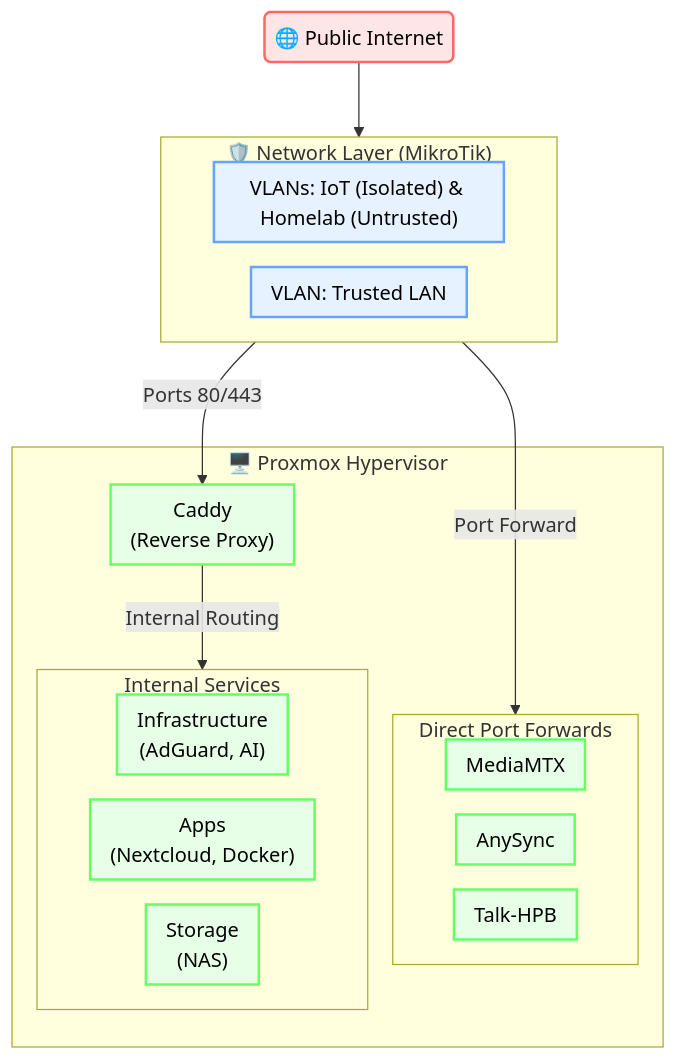
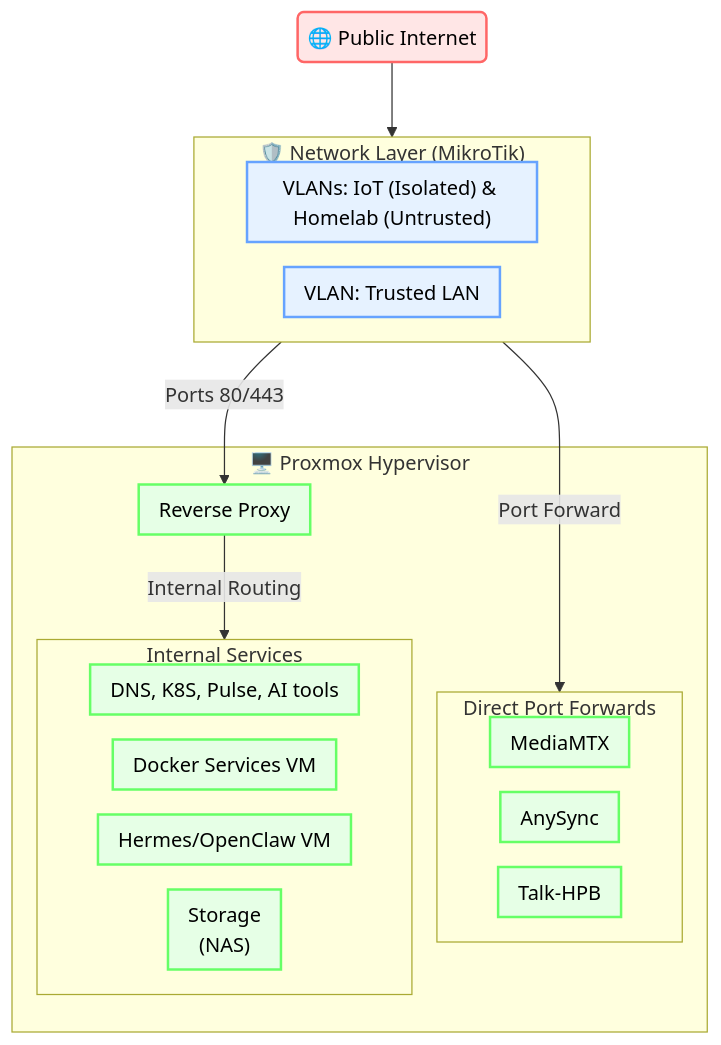
One commit to KnPk11/homelab changed the diagram in README.md. Above: the diagram before and after it, drawn with Mermaid.

Commit message:
docs(readme): update architecture diagram labels and add Hermes/OpenClaw VM

````diff
--- a/README.md
+++ b/README.md
@@ -20,40 +20,41 @@
 ```mermaid
 flowchart TD
     %%{init: {"flowchart": {"padding": 8, "nodeSpacing": 20, "rankSpacing": 60}}}%%
     
     WAN("🌐 Public Internet")
     
     subgraph Network["🛡️ Network Layer (MikroTik)"]
         VLAN_MIX["VLANs: IoT (Isolated) & Homelab (Untrusted)"]
         VLAN_LAN["VLAN: Trusted LAN"]
     end
 
     subgraph Compute["🖥️ Proxmox Hypervisor"]
-        Caddy["Caddy<br>(Reverse Proxy)"]
+        Caddy["Reverse Proxy"]
         
         subgraph DirectPorts["Direct Port Forwards"]
             MediaMTX["MediaMTX"]
             AnySync["AnySync"]
             TalkHPB["Talk-HPB"]
         end
         
         subgraph Services["Internal Services"]
-            L1["Infrastructure<br>(AdGuard, AI)"]
-            L2["Apps<br>(Nextcloud, Docker)"]
+            L1["DNS, K8S, Pulse, AI tools"]
+            L2["Docker Services VM"]
+            L4["Hermes/OpenClaw VM"]
             L3["Storage<br>(NAS)"]
         end
     end
 
     WAN --> Network
     Network -->|Ports 80/443| Caddy
     Network -- "Port Forward" ---> DirectPorts
     Caddy -->|Internal Routing| Services
 
     classDef wanLayer fill:#ffe6e6,stroke:#ff6666,stroke-width:2px,color:#000;
     classDef netLayer fill:#e6f2ff,stroke:#66a3ff,stroke-width:2px,color:#000;
     classDef compLayer fill:#e6ffe6,stroke:#66ff66,stroke-width:2px,color:#000;
 
     class WAN wanLayer;
     class VLAN_MIX,VLAN_LAN netLayer;
-    class Caddy,MediaMTX,AnySync,TalkHPB,L1,L2,L3 compLayer;
+    class Caddy,MediaMTX,AnySync,TalkHPB,L1,L2,L3,L4 compLayer;
 ```
````
